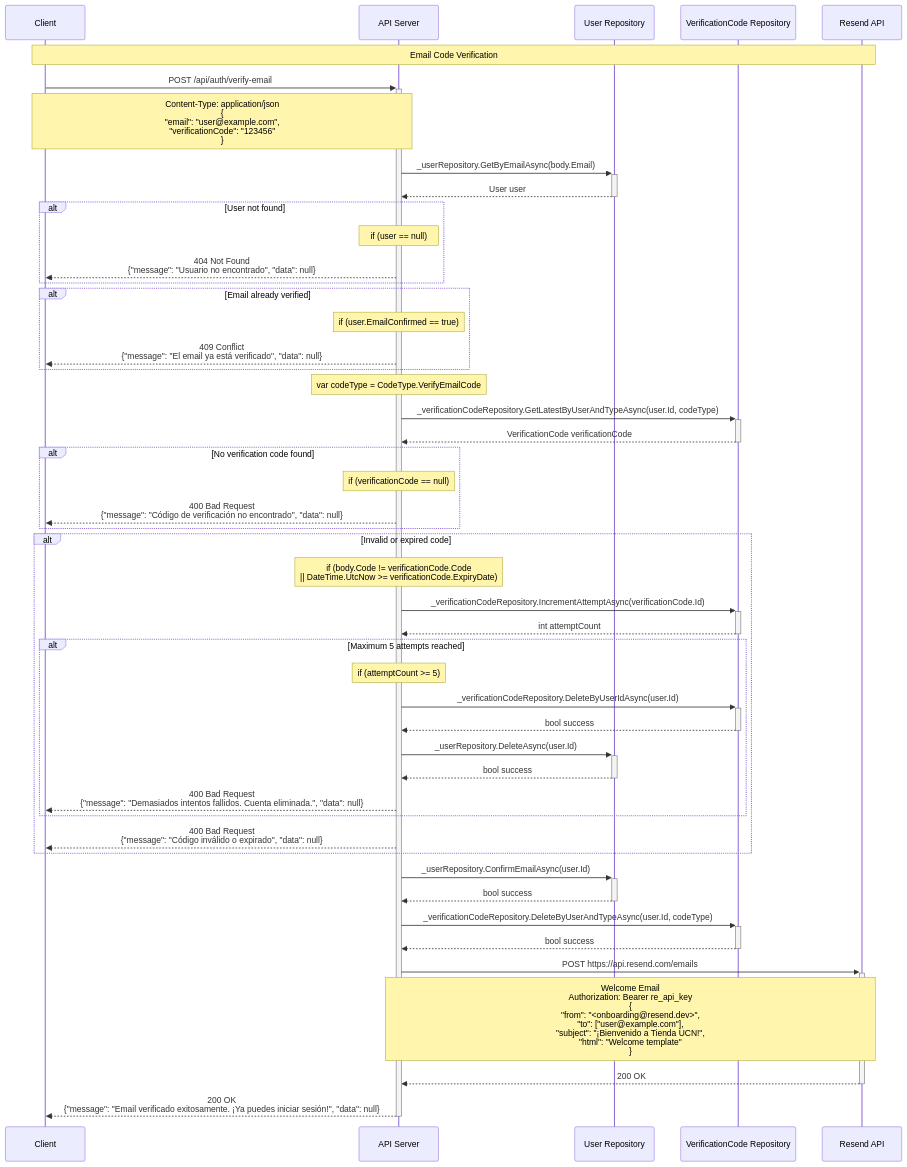
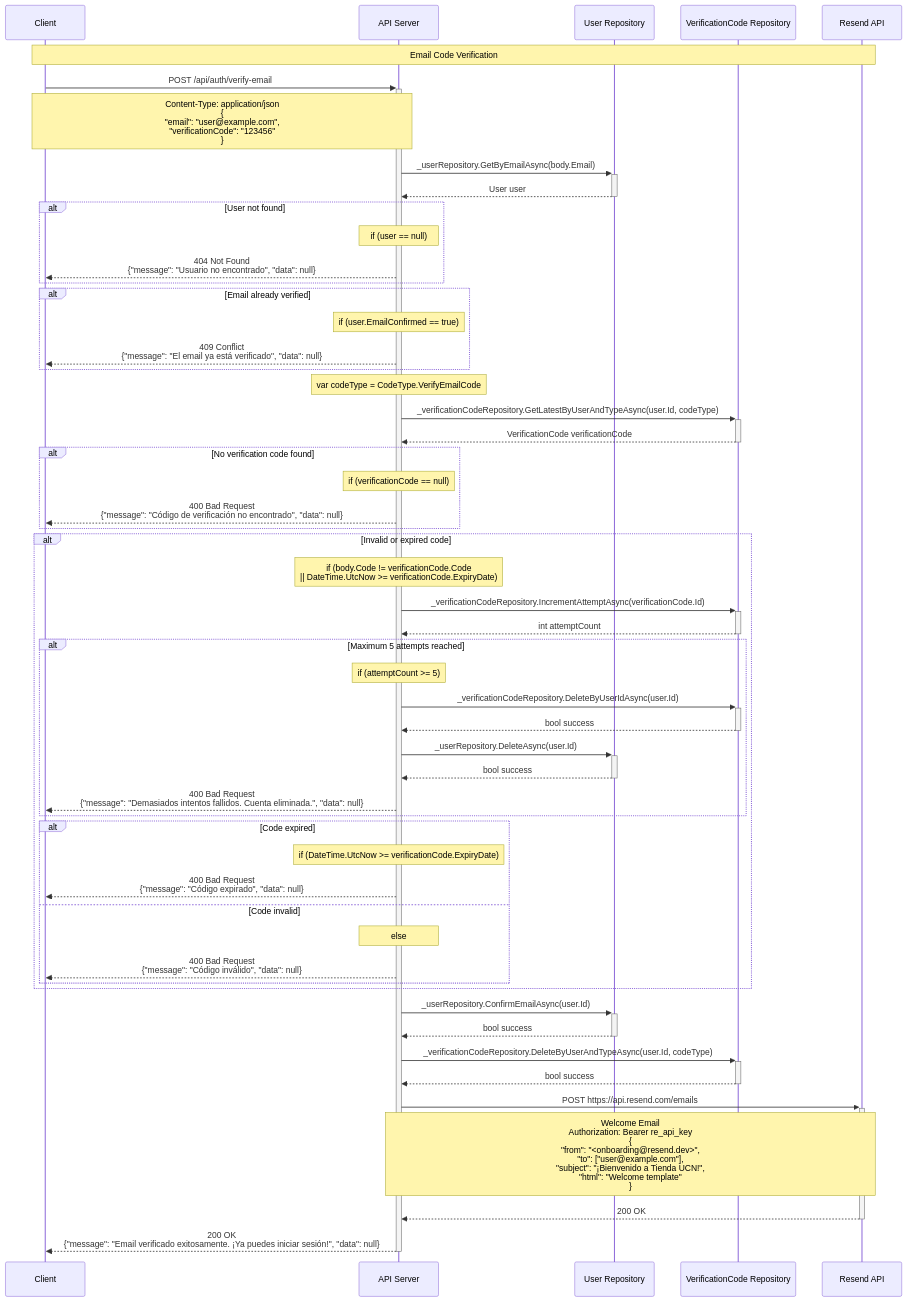
The diagram in Docs/Auth/2_VerifyCode.md (JorgeRiveraMancilla/idwm-backend), drawn with Mermaid before and after one commit.

Commit message:
docs(auth): update verification code handling in sequence diagram to differentiate between expired and invalid codes

````diff
--- a/Docs/Auth/2_VerifyCode.md
+++ b/Docs/Auth/2_VerifyCode.md
@@ -1,70 +1,75 @@
 ```mermaid
 sequenceDiagram
     participant C as Client
     participant API as API Server
     participant UR as User Repository
     participant VCR as VerificationCode Repository
     participant RS as Resend API
 
     Note over C,RS: Email Code Verification
 
     C->>+API: POST /api/auth/verify-email
     Note over C,API: Content-Type: application/json<br/>{<br/>"email": "user@example.com",<br/>"verificationCode": "123456"<br/>}
 
     API->>+UR: _userRepository.GetByEmailAsync(body.Email)
     UR-->>-API: User user
 
     alt User not found
         Note over API: if (user == null)
         API-->>C: 404 Not Found<br/>{"message": "Usuario no encontrado", "data": null}
     end
 
     alt Email already verified
         Note over API: if (user.EmailConfirmed == true)
         API-->>C: 409 Conflict<br/>{"message": "El email ya está verificado", "data": null}
     end
 
     Note over API: var codeType = CodeType.VerifyEmailCode
 
     API->>+VCR: _verificationCodeRepository.GetLatestByUserAndTypeAsync(user.Id, codeType)
     VCR-->>-API: VerificationCode verificationCode
 
     alt No verification code found
         Note over API: if (verificationCode == null)
         API-->>C: 400 Bad Request<br/>{"message": "Código de verificación no encontrado", "data": null}
     end
 
     alt Invalid or expired code
         Note over API: if (body.Code != verificationCode.Code<br/>|| DateTime.UtcNow >= verificationCode.ExpiryDate)
         API->>+VCR: _verificationCodeRepository.IncrementAttemptAsync(verificationCode.Id)
         VCR-->>-API: int attemptCount
 
-
         alt Maximum 5 attempts reached
             Note over API: if (attemptCount >= 5)
 
             API->>+VCR: _verificationCodeRepository.DeleteByUserIdAsync(user.Id)
             VCR-->>-API: bool success
 
             API->>+UR: _userRepository.DeleteAsync(user.Id)
             UR-->>-API: bool success
 
             API-->>C: 400 Bad Request<br/>{"message": "Demasiados intentos fallidos. Cuenta eliminada.", "data": null}
         end
 
-        API-->>C: 400 Bad Request<br/>{"message": "Código inválido o expirado", "data": null}
+        alt Code expired
+            Note over API: if (DateTime.UtcNow >= verificationCode.ExpiryDate)
+            API-->>C: 400 Bad Request<br/>{"message": "Código expirado", "data": null}
+        else Code invalid
+            Note over API: else
+            API-->>C: 400 Bad Request<br/>{"message": "Código inválido", "data": null}
+        end
     end
 
     API->>+UR: _userRepository.ConfirmEmailAsync(user.Id)
     UR-->>-API: bool success
 
     API->>+VCR: _verificationCodeRepository.DeleteByUserAndTypeAsync(user.Id, codeType)
     VCR-->>-API: bool success
 
     API->>+RS: POST https://api.resend.com/emails
     Note over API,RS: Welcome Email<br/>Authorization: Bearer re_api_key<br/>{<br/>"from": "<onboarding@resend.dev>",<br/>"to": ["user@example.com"],<br/>"subject": "¡Bienvenido a Tienda UCN!",<br/>"html": "Welcome template"<br/>}
 
     RS-->>-API: 200 OK
 
     API-->>-C: 200 OK<br/>{"message": "Email verificado exitosamente. ¡Ya puedes iniciar sesión!", "data": null}
 ```
````
